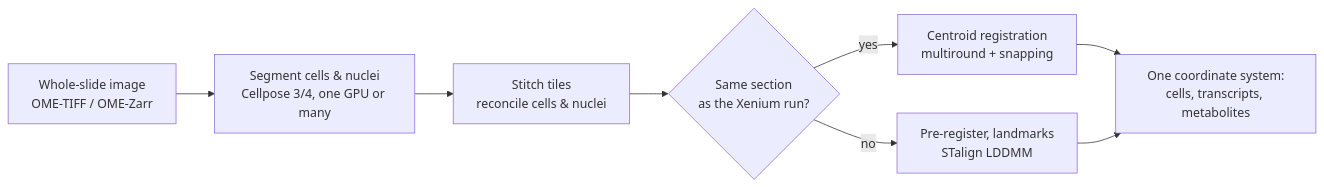
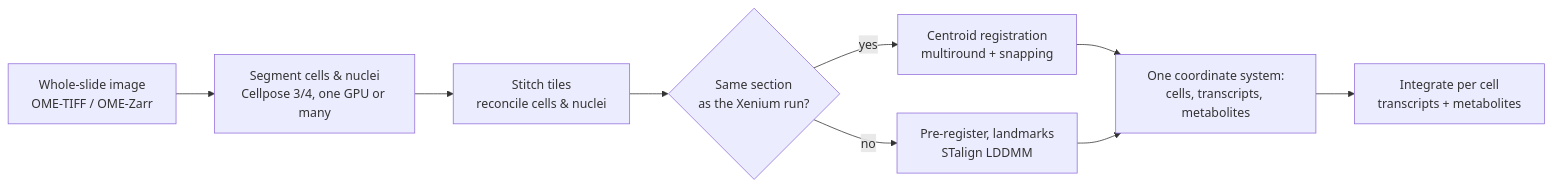
Before and after one commit to JurgenKriel/SMINT: the diagram in docs/index.md, drawn with Mermaid. The commit also changed other lines of this file and 45 other files, not shown here.

````diff
--- a/docs/index.md
+++ b/docs/index.md
@@ -35,10 +38,11 @@
 ```mermaid
 flowchart LR
     A[Whole-slide image<br/>OME-TIFF / OME-Zarr] --> B[Segment cells & nuclei<br/>Cellpose 3/4, one GPU or many]
     B --> C[Stitch tiles<br/>reconcile cells & nuclei]
     C --> D{Same section<br/>as the Xenium run?}
     D -- yes --> E[Centroid registration<br/>multiround + snapping]
     D -- no --> F[Pre-register, landmarks<br/>STalign LDDMM]
     E --> G[One coordinate system:<br/>cells, transcripts, metabolites]
     F --> G
+    G --> H[Integrate per cell<br/>transcripts + metabolites]
 ```
````
